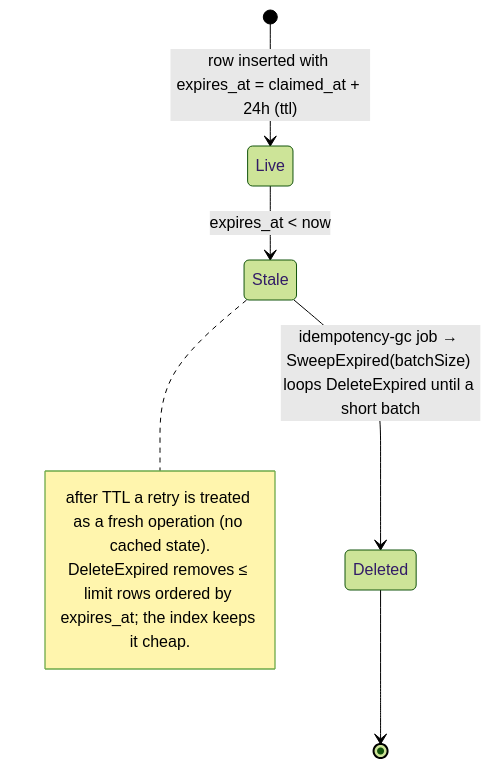
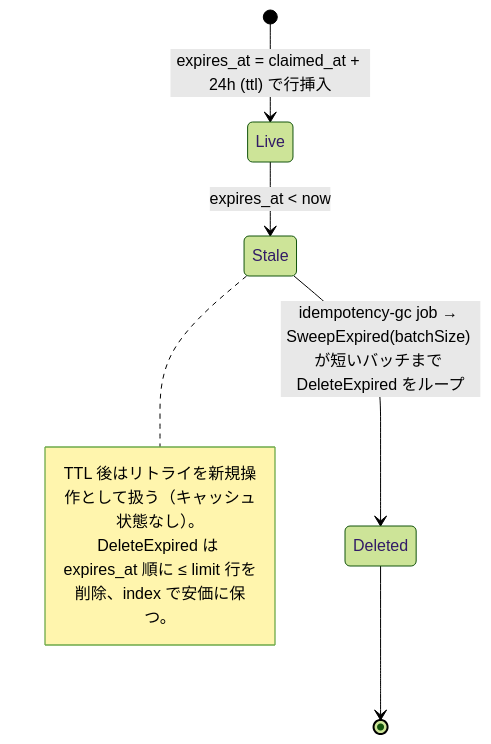
One commit to Tomy-ch/go-boilerplate changed the third of 6 diagrams in docs/design/idempotency.md. Above: the diagram before and after it, drawn with Mermaid (forest theme). The commit also changed other lines of this file and 970 other files, not shown here.

````diff
--- a/docs/design/idempotency.md
+++ b/docs/design/idempotency.md
@@ -99,12 +99,12 @@
 ```mermaid
 stateDiagram-v2
-    [*] --> Live: row inserted with expires_at = claimed_at + 24h (ttl)
+    [*] --> Live: expires_at = claimed_at + 24h (ttl) で行挿入
     Live --> Stale: expires_at < now
-    Stale --> Deleted: idempotency-gc job → SweepExpired(batchSize) loops DeleteExpired until a short batch
+    Stale --> Deleted: idempotency-gc job → SweepExpired(batchSize) が短いバッチまで DeleteExpired をループ
     Deleted --> [*]
 
     note right of Stale
-      after TTL a retry is treated as a fresh operation (no cached state).
-      DeleteExpired removes ≤ limit rows ordered by expires_at; the index keeps it cheap.
+      TTL 後はリトライを新規操作として扱う（キャッシュ状態なし）。
+      DeleteExpired は expires_at 順に ≤ limit 行を削除、index で安価に保つ。
     end note
 ```
````
